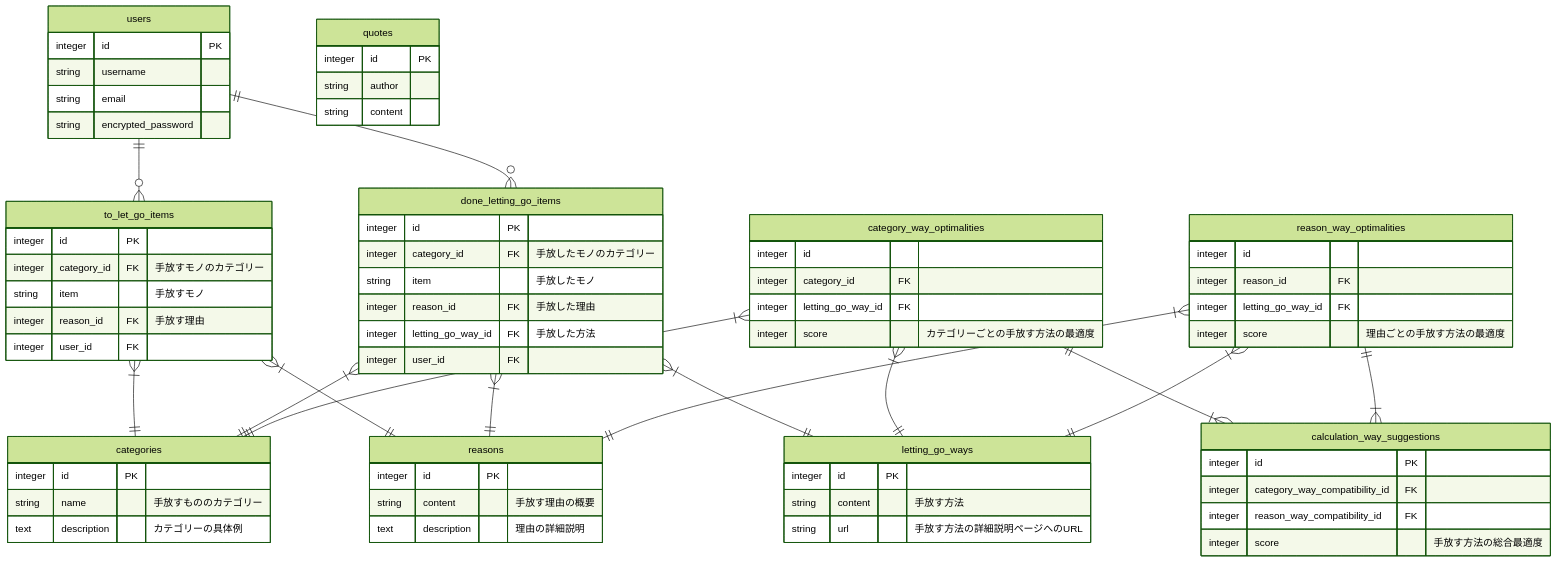
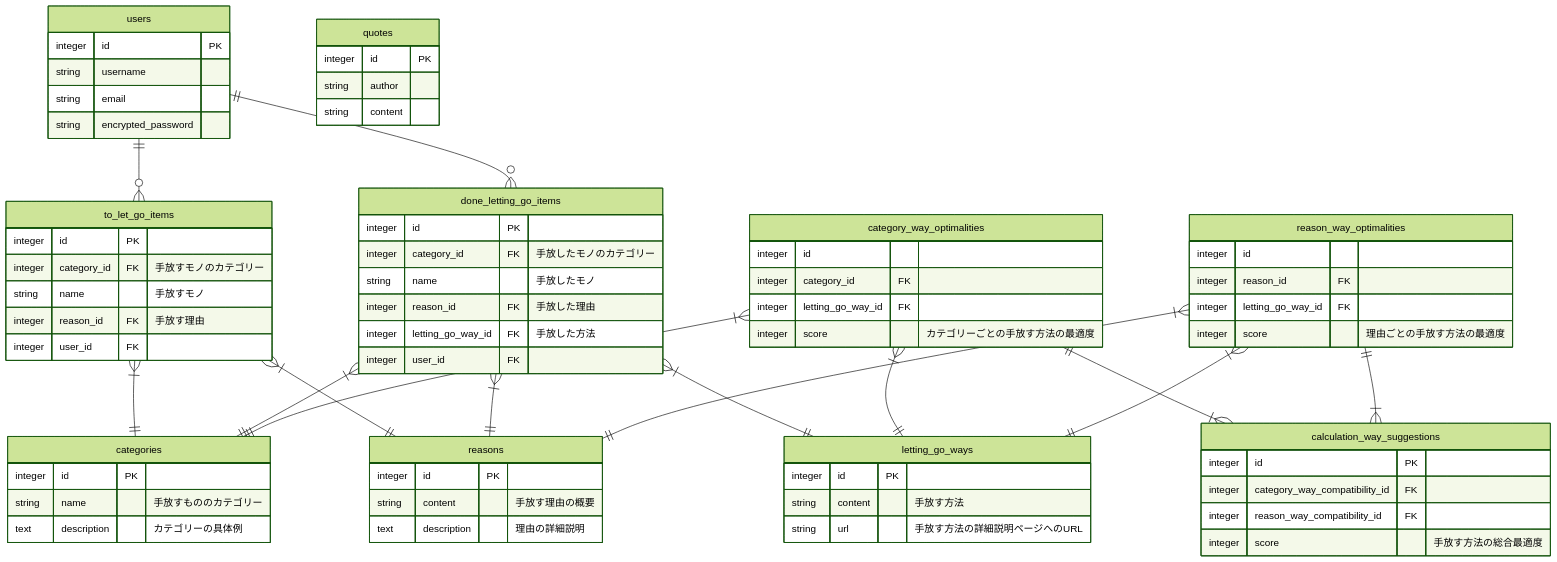
Before and after one commit to sarii0213/karoyaka_sketch: the diagram in db_architecture.md, drawn with Mermaid (forest theme).

```diff
--- a/db_architecture.md
+++ b/db_architecture.md
@@ -25,7 +25,7 @@
 to_let_go_items {
 integer id PK
 integer category_id FK "手放すモノのカテゴリー"
-string item  "手放すモノ"
+string name "手放すモノ"
 integer reason_id FK "手放す理由"
 integer user_id FK  
 }
@@ -33,7 +33,7 @@
 done_letting_go_items {
 integer id PK
 integer category_id FK "手放したモノのカテゴリー"
-string item  "手放したモノ"
+string name "手放したモノ"
 integer reason_id FK "手放した理由" 
 integer letting_go_way_id FK "手放した方法"
 integer user_id FK  
```
